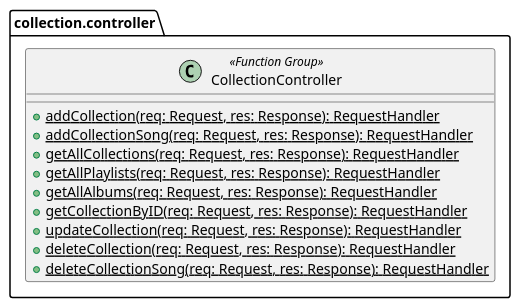
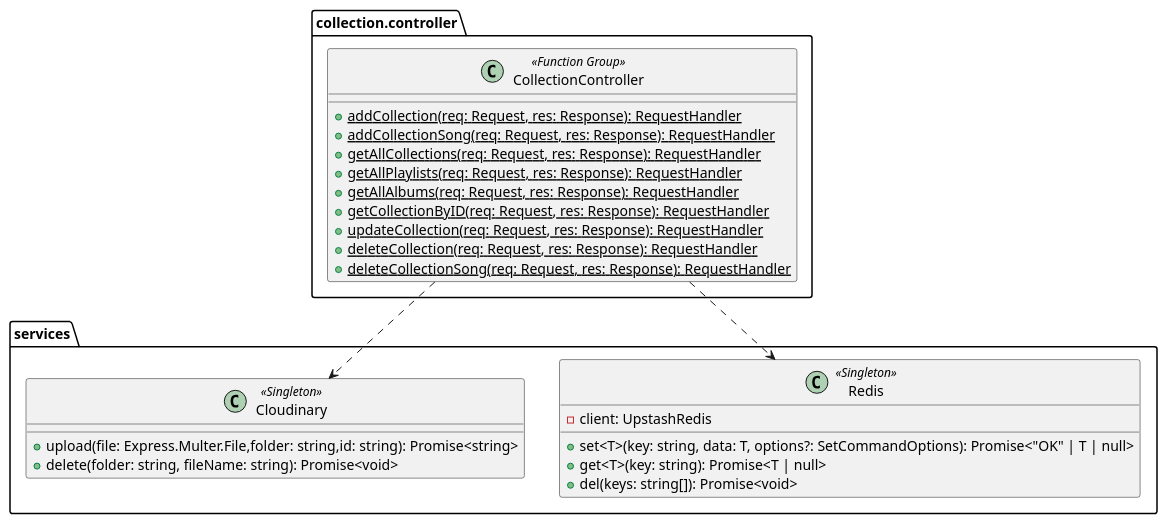
One commit to MusikStreaming/MusikStreamingBE changed the diagram in diagrams/packages/controllers/collection.puml. Above: the diagram before and after it, drawn with PlantUML. The commit also changed 19 other files, not shown here.

Commit message:
[UPDATE]: fixing class diagrams

```diff
--- a/diagrams/packages/controllers/collection.puml
+++ b/diagrams/packages/controllers/collection.puml
@@ -1,18 +1,35 @@
 @startuml
 
 set separator none
 package collection.controller {
     class CollectionController <<Function Group>> {
         + {static} addCollection(req: Request, res: Response): RequestHandler
         + {static} addCollectionSong(req: Request, res: Response): RequestHandler
         + {static} getAllCollections(req: Request, res: Response): RequestHandler
         + {static} getAllPlaylists(req: Request, res: Response): RequestHandler
         + {static} getAllAlbums(req: Request, res: Response): RequestHandler
         + {static} getCollectionByID(req: Request, res: Response): RequestHandler
         + {static} updateCollection(req: Request, res: Response): RequestHandler
         + {static} deleteCollection(req: Request, res: Response): RequestHandler
         + {static} deleteCollectionSong(req: Request, res: Response): RequestHandler
     }
 }
 
+package services {
+    class Redis <<Singleton>> {
+        - client: UpstashRedis
+
+        + set<T>(key: string, data: T, options?: SetCommandOptions): Promise<"OK" | T | null>
+        + get<T>(key: string): Promise<T | null>
+        + del(keys: string[]): Promise<void>
+    }
+    class Cloudinary <<Singleton>> {
+        + upload(file: Express.Multer.File,folder: string,id: string): Promise<string>
+        + delete(folder: string, fileName: string): Promise<void>
+    }
+}
+
+CollectionController ..> Cloudinary
+CollectionController ..> Redis
+
 @enduml
```
